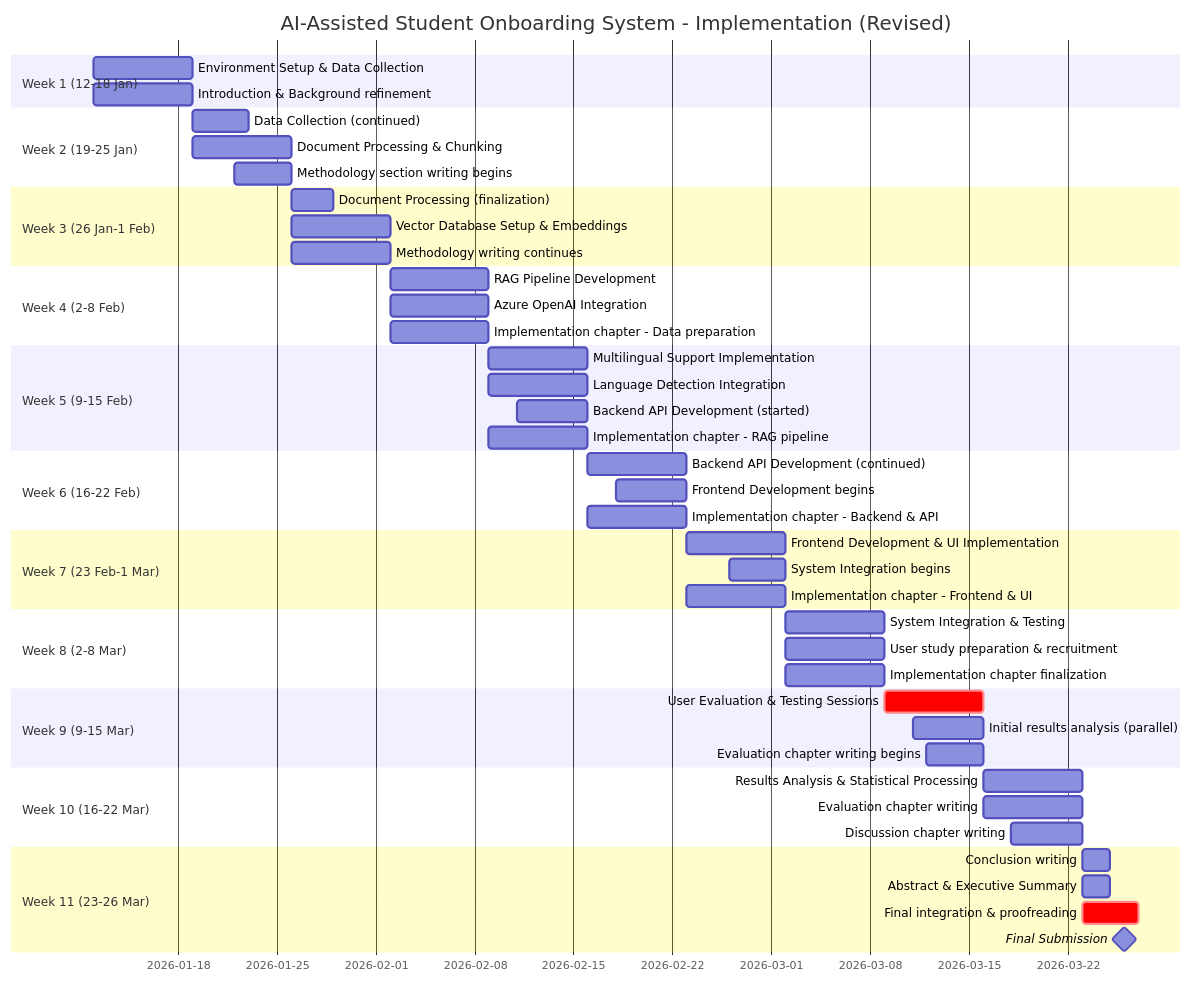
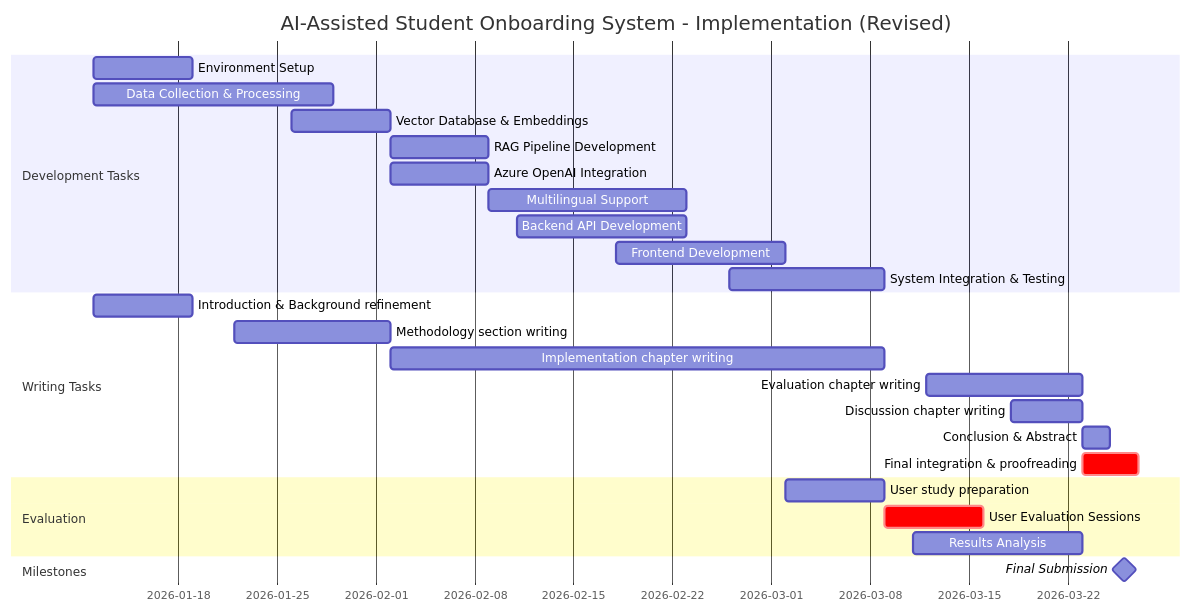
Before and after one commit to nm2064/Supporting-new-students-orienting-themselves-on-campus: the second of 2 diagrams in Gantt Chart/README.md, drawn with Mermaid. The commit also changed other lines of this file, not shown here.

Commit message:
Revise Gantt chart for Semester 1 and 2 timelines

````diff
--- a/Gantt Chart/README.md
+++ b/Gantt Chart/README.md
@@ -42,61 +36,33 @@
 ```mermaid
 gantt
     title AI-Assisted Student Onboarding System - Implementation (Revised)
     dateFormat YYYY-MM-DD
 
-    section Week 1 (12-18 Jan)
-    Environment Setup & Data Collection             :w1a, 2026-01-12, 7d
-    Introduction & Background refinement            :w1b, 2026-01-12, 7d
+    section Development Tasks
+    Environment Setup                               :dev1, 2026-01-12, 7d
+    Data Collection & Processing                    :dev2, 2026-01-12, 17d
+    Vector Database & Embeddings                    :dev3, 2026-01-26, 7d
+    RAG Pipeline Development                        :dev4, 2026-02-02, 7d
+    Azure OpenAI Integration                        :dev5, 2026-02-02, 7d
+    Multilingual Support                            :dev6, 2026-02-09, 14d
+    Backend API Development                         :dev7, 2026-02-11, 12d
+    Frontend Development                            :dev8, 2026-02-18, 12d
+    System Integration & Testing                    :dev9, 2026-02-26, 11d
 
-    section Week 2 (19-25 Jan)
-    Data Collection (continued)                     :w2a, 2026-01-19, 4d
-    Document Processing & Chunking                  :w2b, 2026-01-19, 7d
-    Methodology section writing begins              :w2c, 2026-01-22, 4d
+    section Writing Tasks
+    Introduction & Background refinement            :write1, 2026-01-12, 7d
+    Methodology section writing                     :write2, 2026-01-22, 11d
+    Implementation chapter writing                  :write3, 2026-02-02, 35d
+    Evaluation chapter writing                      :write4, 2026-03-12, 11d
+    Discussion chapter writing                      :write5, 2026-03-18, 5d
+    Conclusion & Abstract                           :write6, 2026-03-23, 2d
+    Final integration & proofreading                :crit, write7, 2026-03-23, 4d
 
-    section Week 3 (26 Jan-1 Feb)
-    Document Processing (finalization)              :w3a, 2026-01-26, 3d
-    Vector Database Setup & Embeddings              :w3b, 2026-01-26, 7d
-    Methodology writing continues                   :w3c, 2026-01-26, 7d
+    section Evaluation
+    User study preparation                          :eval1, 2026-03-02, 7d
+    User Evaluation Sessions                        :crit, eval2, 2026-03-09, 7d
+    Results Analysis                                :eval3, 2026-03-11, 12d
 
-    section Week 4 (2-8 Feb)
-    RAG Pipeline Development                        :w4a, 2026-02-02, 7d
-    Azure OpenAI Integration                        :w4b, 2026-02-02, 7d
-    Implementation chapter - Data preparation       :w4c, 2026-02-02, 7d
-
-    section Week 5 (9-15 Feb)
-    Multilingual Support Implementation             :w5a, 2026-02-09, 7d
-    Language Detection Integration                  :w5b, 2026-02-09, 7d
-    Backend API Development (started)               :w5c, 2026-02-11, 5d
-    Implementation chapter - RAG pipeline           :w5d, 2026-02-09, 7d
-
-    section Week 6 (16-22 Feb)
-    Backend API Development (continued)             :w6a, 2026-02-16, 7d
-    Frontend Development begins                     :w6b, 2026-02-18, 5d
-    Implementation chapter - Backend & API          :w6c, 2026-02-16, 7d
-
-    section Week 7 (23 Feb-1 Mar)
-    Frontend Development & UI Implementation        :w7a, 2026-02-23, 7d
-    System Integration begins                       :w7b, 2026-02-26, 4d
-    Implementation chapter - Frontend & UI          :w7c, 2026-02-23, 7d
-
-    section Week 8 (2-8 Mar)
-    System Integration & Testing                    :w8a, 2026-03-02, 7d
-    User study preparation & recruitment            :w8b, 2026-03-02, 7d
-    Implementation chapter finalization             :w8c, 2026-03-02, 7d
-
-    section Week 9 (9-15 Mar)
-    User Evaluation & Testing Sessions              :crit, w9a, 2026-03-09, 7d
-    Initial results analysis (parallel)             :w9b, 2026-03-11, 5d
-    Evaluation chapter writing begins               :w9c, 2026-03-12, 4d
-
-    section Week 10 (16-22 Mar)
-    Results Analysis & Statistical Processing       :w10a, 2026-03-16, 7d
-    Evaluation chapter writing                      :w10b, 2026-03-16, 7d
-    Discussion chapter writing                      :w10c, 2026-03-18, 5d
-
-    section Week 11 (23-26 Mar)
-    Conclusion writing                              :w11a, 2026-03-23, 2d
-    Abstract & Executive Summary                    :w11b, 2026-03-23, 2d
-    Final integration & proofreading                :crit, w11c, 2026-03-23, 4d
+    section Milestones
     Final Submission                                :milestone, submit, 2026-03-26, 0d
 ```
````
